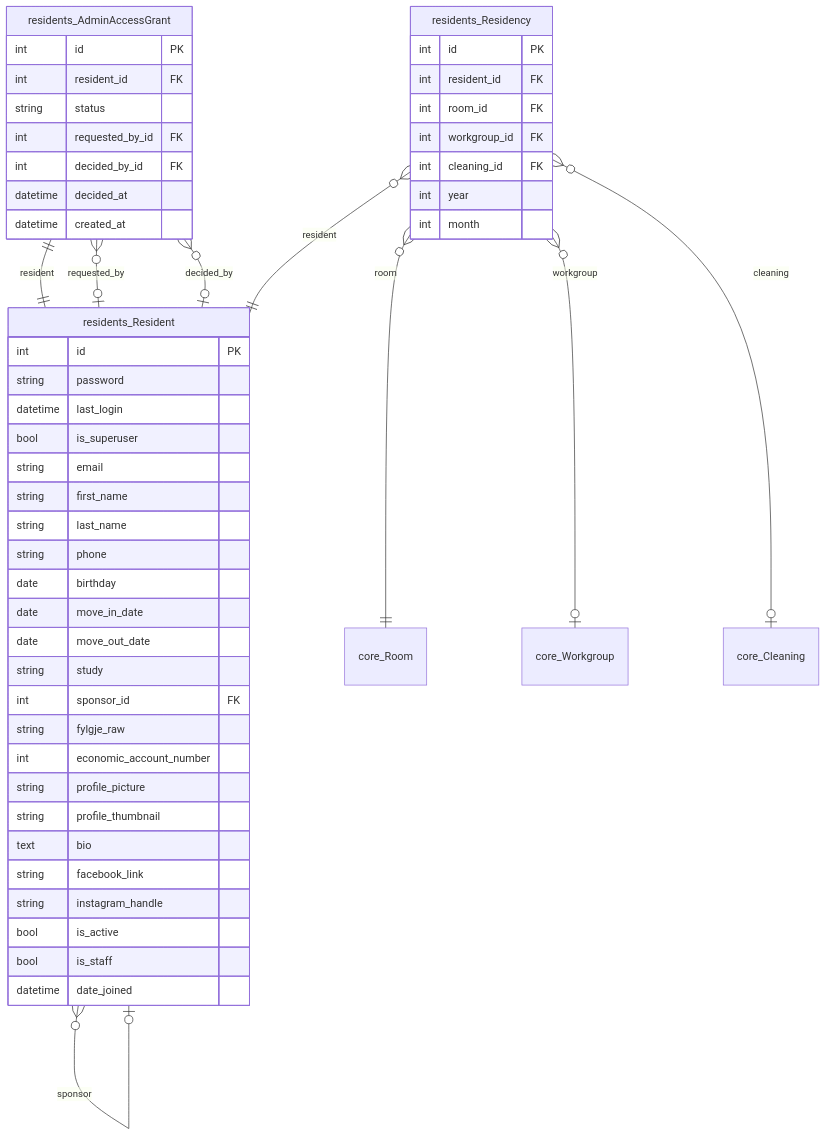
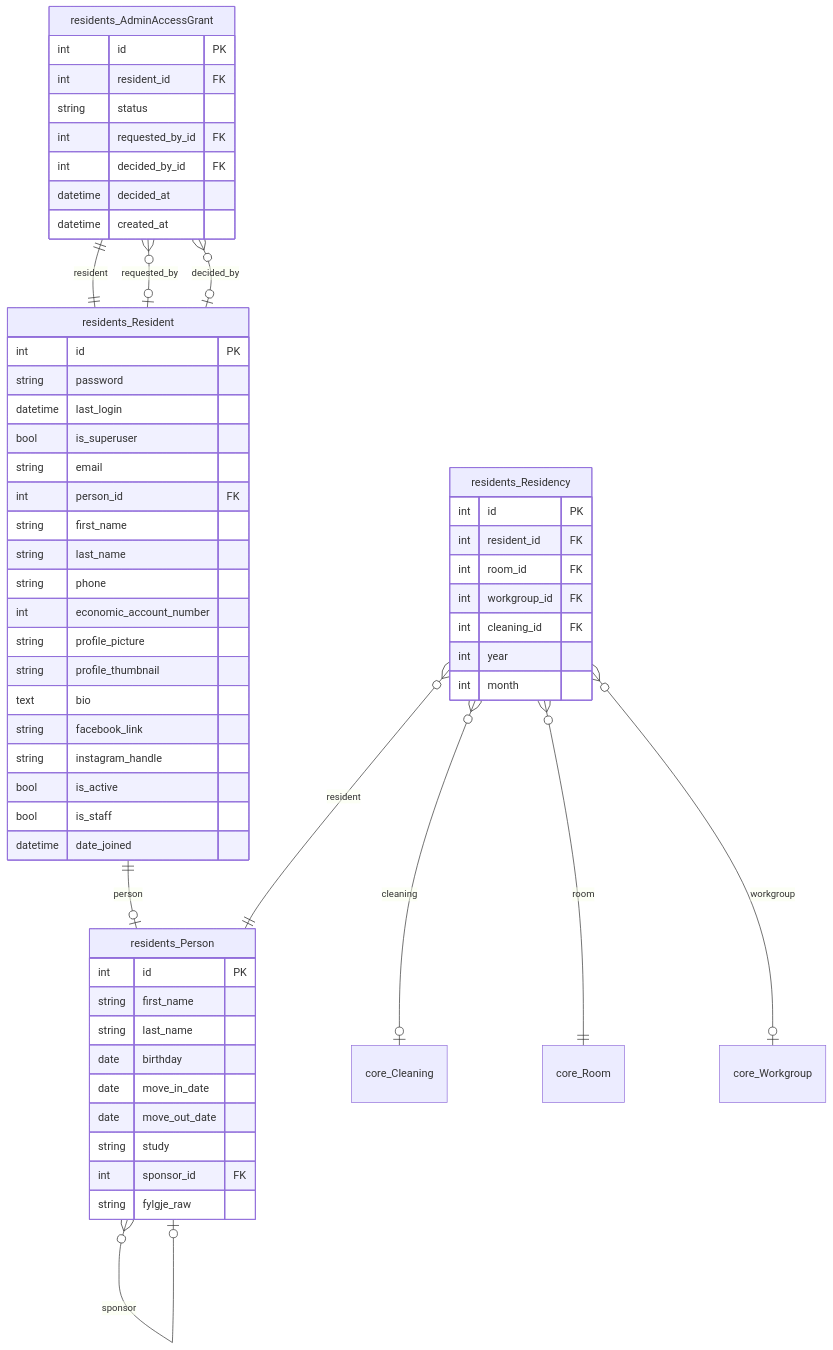
Diagram 17 of 19 in docs/erd.md (GAHK-org/gahk_intern), drawn with Mermaid before and after one commit. The commit also changed other lines of this file and 50 other files, not shown here.

First line of the commit message:
Accounts and people apart: a Person for the human, the login on Resident

````diff
--- a/docs/erd.md
+++ b/docs/erd.md
@@ -2273,63 +2281,71 @@
 ```mermaid
 erDiagram
+    residents_Person {
+        int id PK
+        string first_name
+        string last_name
+        date birthday
+        date move_in_date
+        date move_out_date
+        string study
+        int sponsor_id FK
+        string fylgje_raw
+    }
+
     residents_Resident {
         int id PK
         string password
         datetime last_login
         bool is_superuser
         string email
+        int person_id FK
         string first_name
         string last_name
         string phone
-        date birthday
-        date move_in_date
-        date move_out_date
-        string study
-        int sponsor_id FK
-        string fylgje_raw
         int economic_account_number
         string profile_picture
         string profile_thumbnail
         text bio
         string facebook_link
         string instagram_handle
         bool is_active
         bool is_staff
         datetime date_joined
     }
 
     residents_Residency {
         int id PK
         int resident_id FK
         int room_id FK
         int workgroup_id FK
         int cleaning_id FK
         int year
         int month
     }
 
     residents_AdminAccessGrant {
         int id PK
         int resident_id FK
         string status
         int requested_by_id FK
         int decided_by_id FK
         datetime decided_at
         datetime created_at
     }
 
     core_Cleaning { }
 
     core_Room { }
 
     core_Workgroup { }
 
-    residents_Resident }o--|o residents_Resident : "sponsor"
-    residents_Residency }o--|| residents_Resident : "resident"
+    residents_Person }o--|o residents_Person : "sponsor"
+    residents_Resident ||--|o residents_Person : "person"
+    residents_Residency }o--|| residents_Person : "resident"
     residents_Residency }o--|| core_Room : "room"
     residents_Residency }o--|o core_Workgroup : "workgroup"
     residents_Residency }o--|o core_Cleaning : "cleaning"
     residents_AdminAccessGrant ||--|| residents_Resident : "resident"
     residents_AdminAccessGrant }o--|o residents_Resident : "requested_by"
     residents_AdminAccessGrant }o--|o residents_Resident : "decided_by"
 ```
````
